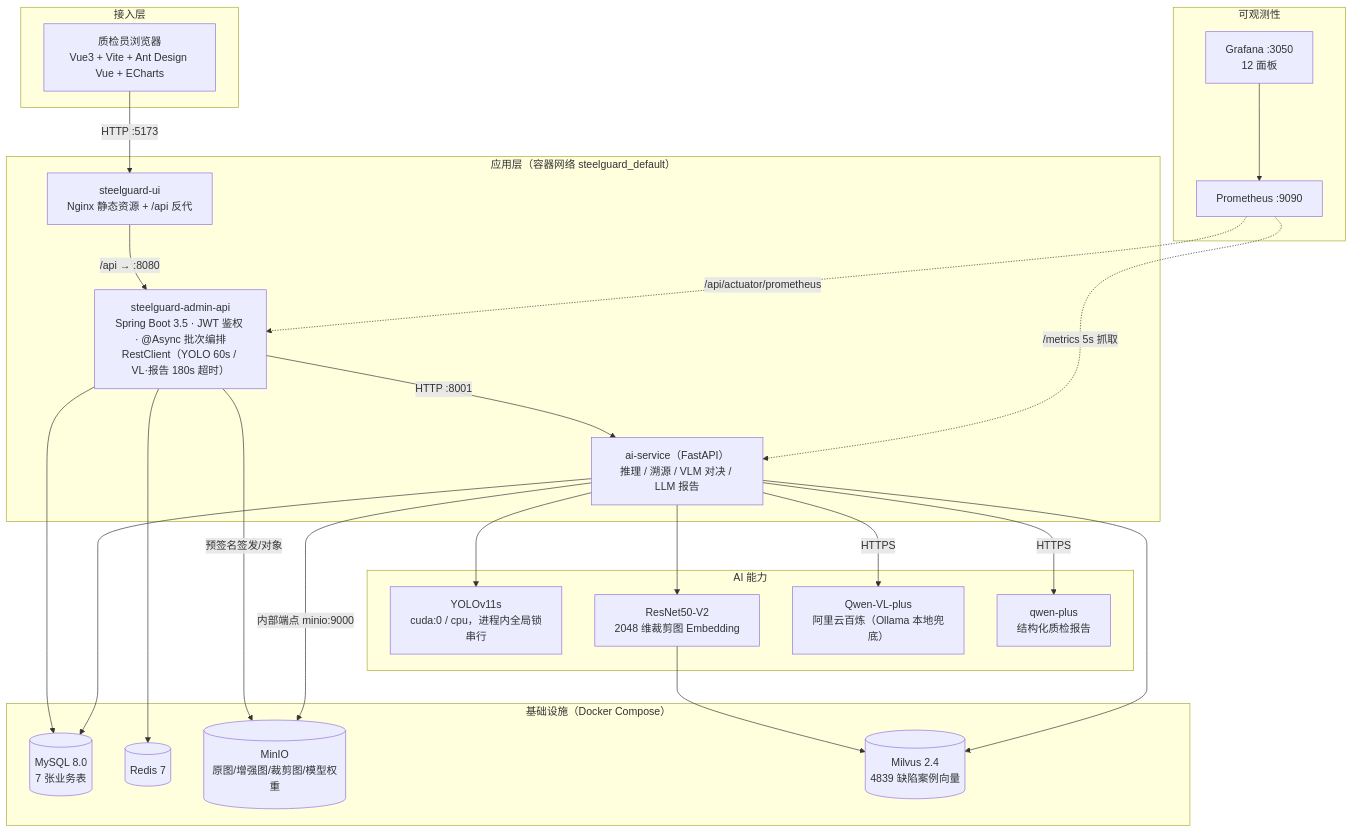
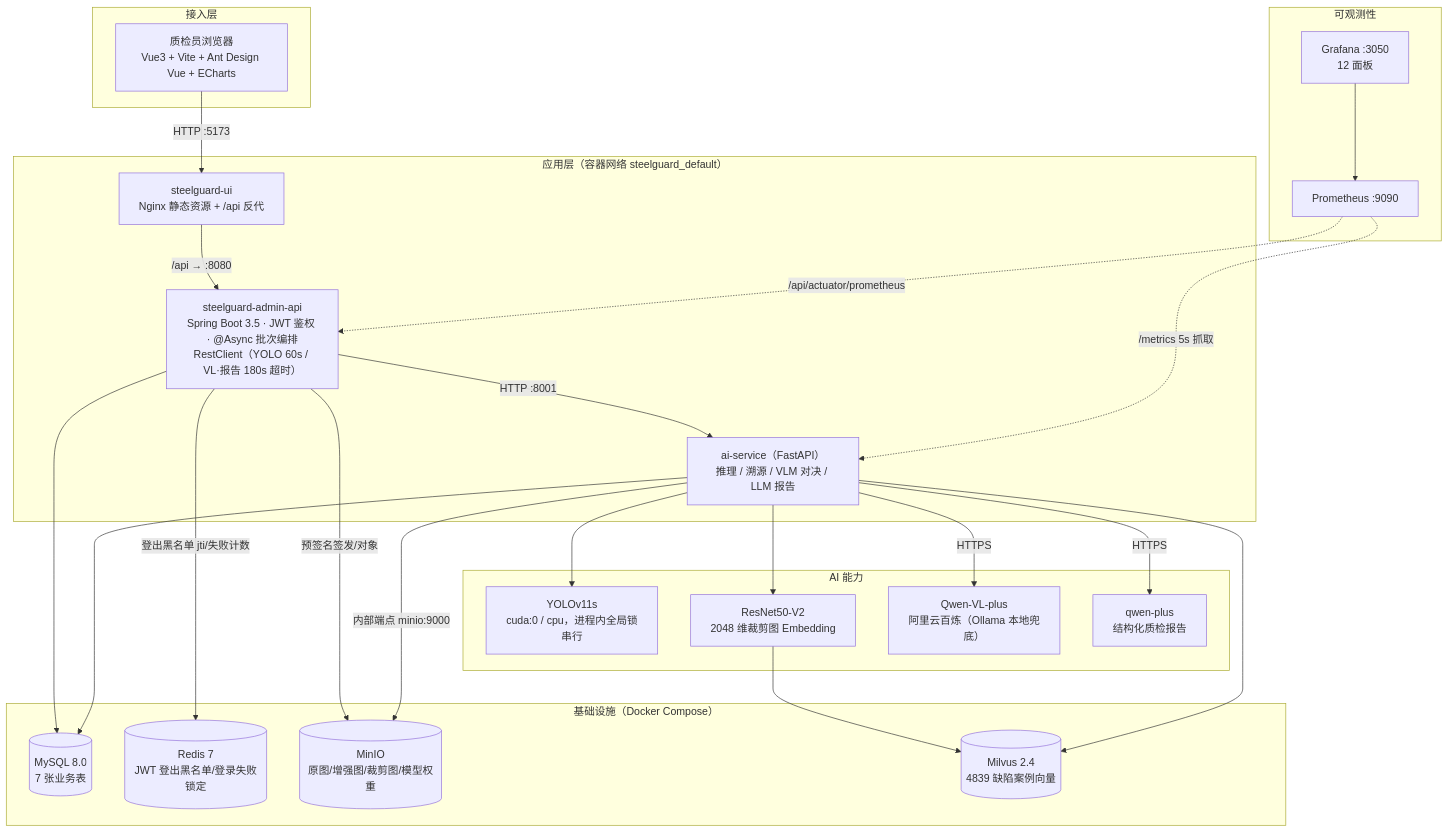
One commit to Gunaie/Steelguard changed the first of 2 diagrams in README.md. Above: the diagram before and after it, drawn with Mermaid. The commit also changed other lines of this file, not shown here.

Commit message:
docs: README 同步 Redis 安全机制、Java 测试/CI 与面试自查 11 问

````diff
--- a/README.md
+++ b/README.md
@@ -50,49 +52,49 @@
 ```mermaid
 flowchart TB
     subgraph edge["接入层"]
         U["质检员浏览器<br/>Vue3 + Vite + Ant Design Vue + ECharts"]
     end
 
     subgraph app["应用层（容器网络 steelguard_default）"]
         NG["steelguard-ui<br/>Nginx 静态资源 + /api 反代"]
         JAVA["steelguard-admin-api<br/>Spring Boot 3.5 · JWT 鉴权 · @Async 批次编排<br/>RestClient（YOLO 60s / VL·报告 180s 超时）"]
         PY["ai-service（FastAPI）<br/>推理 / 溯源 / VLM 对决 / LLM 报告"]
     end
 
     subgraph ai["AI 能力"]
         YOLO["YOLOv11s<br/>cuda:0 / cpu，进程内全局锁串行"]
         RES["ResNet50-V2<br/>2048 维裁剪图 Embedding"]
         VL["Qwen-VL-plus<br/>阿里云百炼（Ollama 本地兜底）"]
         LLM["qwen-plus<br/>结构化质检报告"]
     end
 
     subgraph infra["基础设施（Docker Compose）"]
         MYSQL[("MySQL 8.0<br/>7 张业务表")]
-        REDIS[("Redis 7")]
+        REDIS[("Redis 7<br/>JWT 登出黑名单/登录失败锁定")]
         MINIO[("MinIO<br/>原图/增强图/裁剪图/模型权重")]
         MILVUS[("Milvus 2.4<br/>4839 缺陷案例向量")]
     end
 
     subgraph obs["可观测性"]
         PROM["Prometheus :9090"]
         GRAF["Grafana :3050<br/>12 面板"]
     end
 
     U -->|HTTP :5173| NG
     NG -->|/api → :8080| JAVA
     JAVA -->|HTTP :8001| PY
     JAVA --> MYSQL
-    JAVA --> REDIS
+    JAVA -->|登出黑名单 jti/失败计数| REDIS
     JAVA -->|预签名签发/对象| MINIO
     PY --> YOLO
     PY --> RES
     PY -->|HTTPS| VL
     PY -->|HTTPS| LLM
     PY --> MYSQL
     PY -->|内部端点 minio:9000| MINIO
     RES --> MILVUS
     PY --> MILVUS
     PROM -.->|/metrics 5s 抓取| PY
     PROM -.->|/api/actuator/prometheus| JAVA
     GRAF --> PROM
 ```
````
